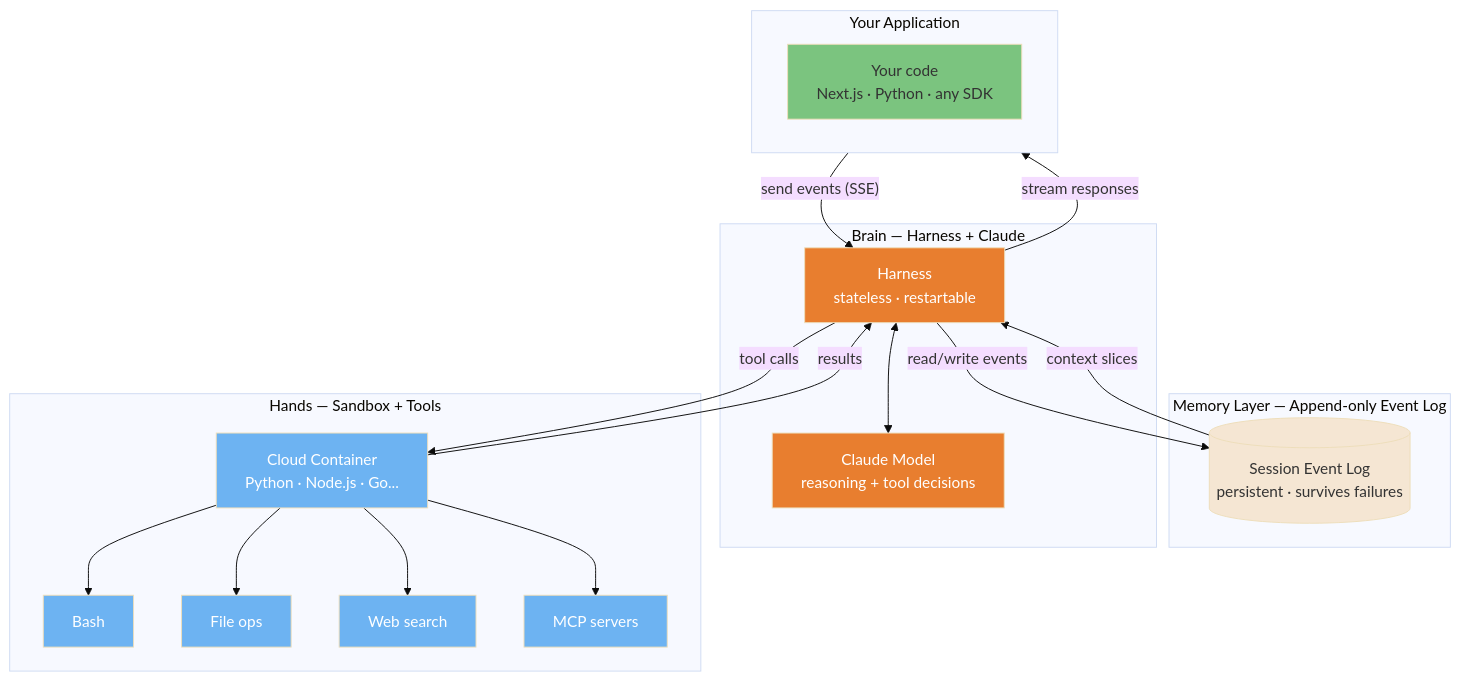
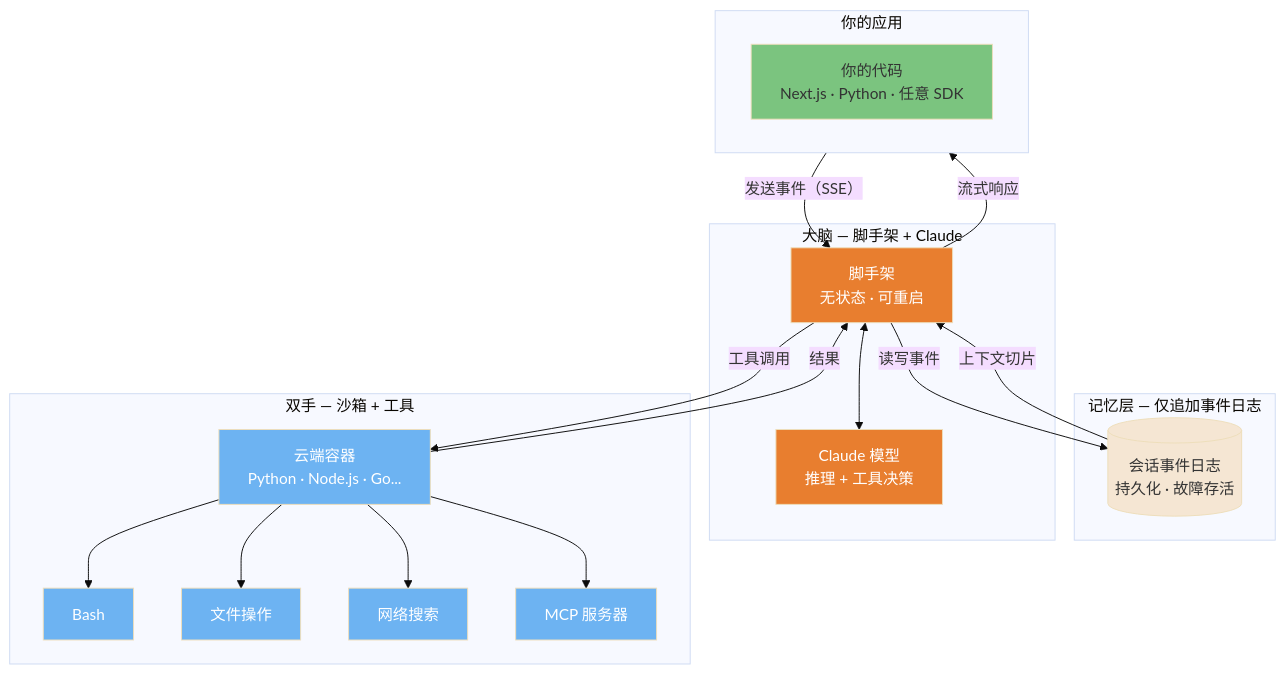
One commit to lawrencewzen/aispark-wiki changed the third of 4 diagrams in claude-code/ecosystem/ai-ecosystem.md. Above: the diagram before and after it, drawn with Mermaid (base theme). The commit also changed other lines of this file and 82 other files, not shown here.

First line of the commit message:
feat: 完成 claude-code/ 目录全量中文翻译

````diff
--- a/claude-code/ecosystem/ai-ecosystem.md
+++ b/claude-code/ecosystem/ai-ecosystem.md
@@ -2891,42 +2879,42 @@
 ```mermaid
 flowchart TD
-    subgraph SESSION["Memory Layer — Append-only Event Log"]
-        EL[(Session Event Log<br/>persistent · survives failures)]
+    subgraph SESSION["记忆层 — 仅追加事件日志"]
+        EL[(会话事件日志<br/>持久化 · 故障存活)]
     end
 
-    subgraph BRAIN["Brain — Harness + Claude"]
-        H[Harness<br/>stateless · restartable]
-        C[Claude Model<br/>reasoning + tool decisions]
+    subgraph BRAIN["大脑 — 脚手架 + Claude"]
+        H[脚手架<br/>无状态 · 可重启]
+        C[Claude 模型<br/>推理 + 工具决策]
         H <--> C
     end
 
-    subgraph HANDS["Hands — Sandbox + Tools"]
-        S[Cloud Container<br/>Python · Node.js · Go...]
+    subgraph HANDS["双手 — 沙箱 + 工具"]
+        S[云端容器<br/>Python · Node.js · Go...]
         T1[Bash]
-        T2[File ops]
-        T3[Web search]
-        T4[MCP servers]
+        T2[文件操作]
+        T3[网络搜索]
+        T4[MCP 服务器]
         S --> T1 & T2 & T3 & T4
     end
 
-    subgraph APP["Your Application"]
-        API[Your code<br/>Next.js · Python · any SDK]
+    subgraph APP["你的应用"]
+        API[你的代码<br/>Next.js · Python · 任意 SDK]
     end
 
-    APP -- "send events (SSE)" --> H
-    H -- "stream responses" --> APP
-    H -- "tool calls" --> S
-    S -- "results" --> H
-    H -- "read/write events" --> EL
-    EL -- "context slices" --> H
+    APP -- "发送事件（SSE）" --> H
+    H -- "流式响应" --> APP
+    H -- "工具调用" --> S
+    S -- "结果" --> H
+    H -- "读写事件" --> EL
+    EL -- "上下文切片" --> H
 
     style EL fill:#F5E6D3,color:#333
     style H fill:#E87E2F,color:#fff
     style C fill:#E87E2F,color:#fff
     style S fill:#6DB3F2,color:#fff
     style T1 fill:#6DB3F2,color:#fff
     style T2 fill:#6DB3F2,color:#fff
     style T3 fill:#6DB3F2,color:#fff
     style T4 fill:#6DB3F2,color:#fff
     style API fill:#7BC47F,color:#333
 ```
````
